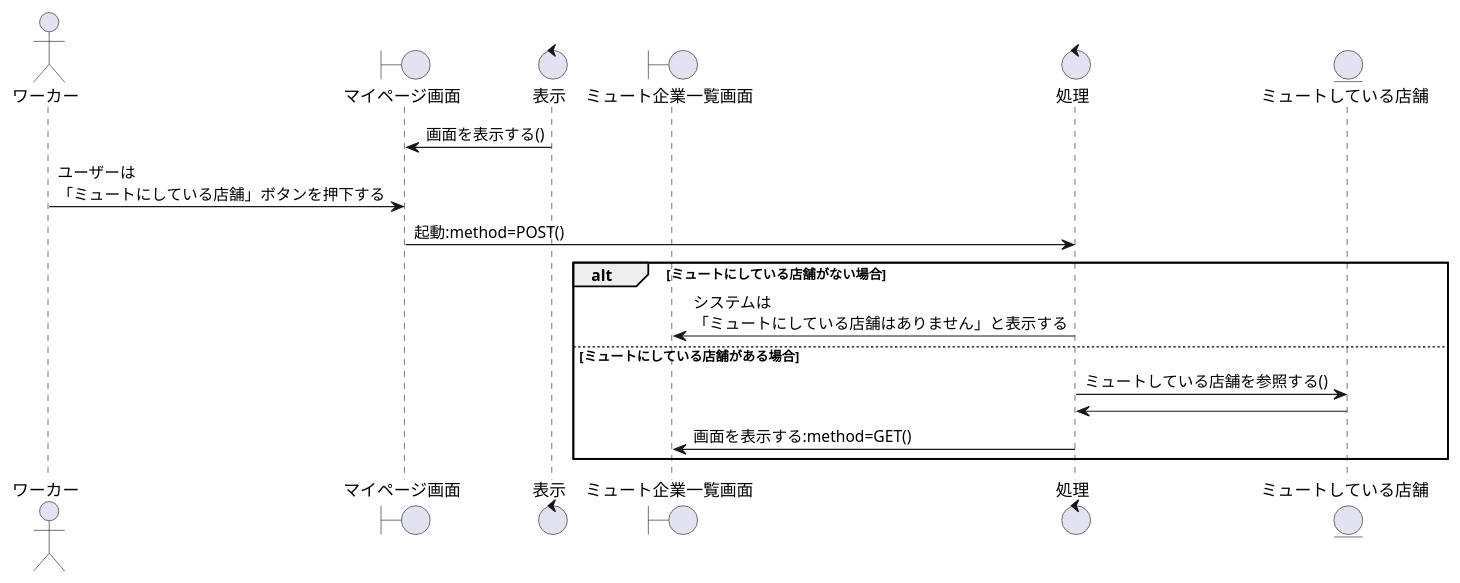
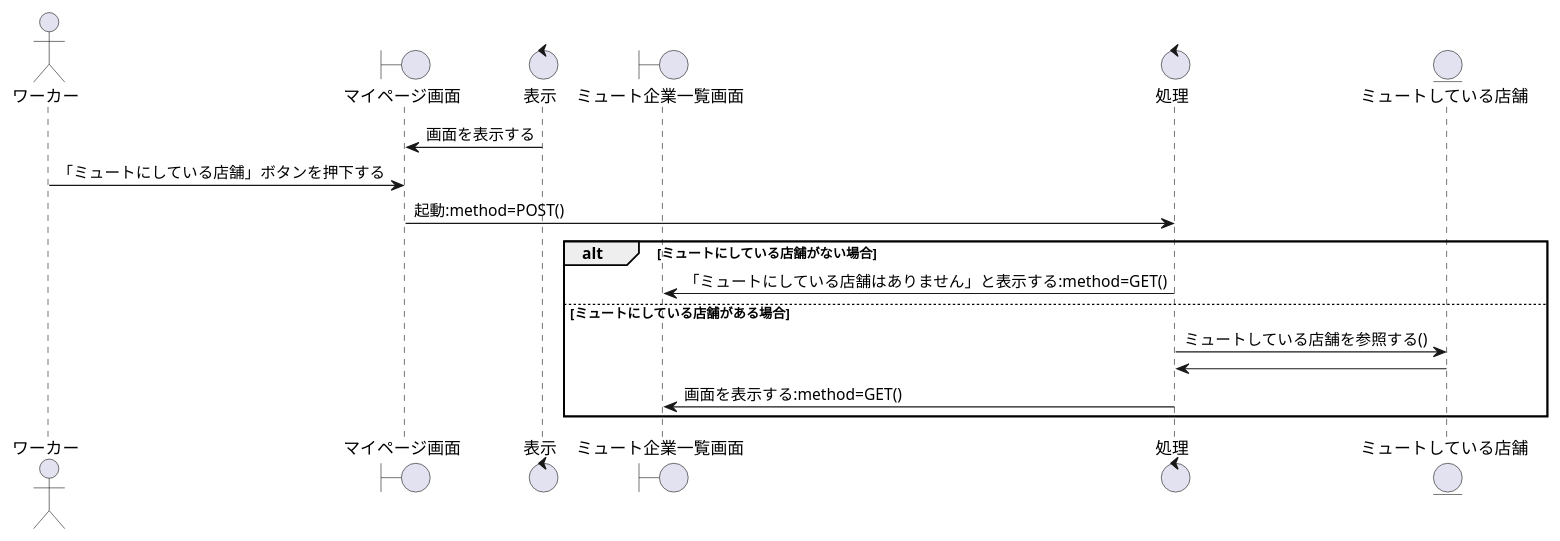
The diagram in sequence_fig/7_acconts_fn/16_ミュートしている店舗の設定をする.pu (irukacb256/high_Me), drawn with PlantUML before and after one commit. The commit also changed 26 other files, not shown here.

```diff
--- a/sequence_fig/7_acconts_fn/16_ミュートしている店舗の設定をする.pu
+++ b/sequence_fig/7_acconts_fn/16_ミュートしている店舗の設定をする.pu
@@ -1,27 +1,27 @@
 @startuml ミュートしている店舗の設定をする
 
 actor ワーカー as wo1
 
 boundary マイページ画面 as bo1
 control 表示 as co1
 boundary ミュート企業一覧画面 as bo2
 
 control 処理 as co2
 
 entity ミュートしている店舗 as en1
 
-co1 -> bo1:画面を表示する()
-wo1 -> bo1:ユーザーは\n「ミュートにしている店舗」ボタンを押下する
+co1 -> bo1:画面を表示する
+wo1 -> bo1:「ミュートにしている店舗」ボタンを押下する
 bo1 -> co2:起動:method=POST()
 
 alt ミュートにしている店舗がない場合
-    co2 -> bo2:システムは\n「ミュートにしている店舗はありません」と表示する
+    co2 -> bo2:「ミュートにしている店舗はありません」と表示する:method=GET()
 
 else ミュートにしている店舗がある場合
     co2 -> en1:ミュートしている店舗を参照する()
     en1 -> co2
     co2 -> bo2:画面を表示する:method=GET()
 
 end
 
 @enduml
```
